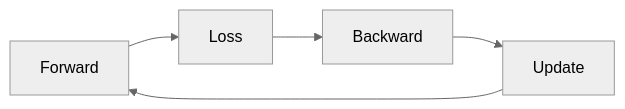
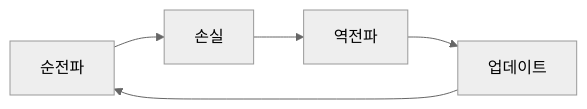
The diagram in content/calculus-for-ml-101/ko/10-calculus-in-deep-learning.md (yeongseon-books/book-content), drawn with Mermaid (neutral theme) before and after one commit. The commit also changed other lines of this file and 6 other files, not shown here.

````diff
--- a/content/calculus-for-ml-101/ko/10-calculus-in-deep-learning.md
+++ b/content/calculus-for-ml-101/ko/10-calculus-in-deep-learning.md
@@ -33,7 +49,7 @@
 ```mermaid
 flowchart LR
-    F[Forward] --> L[Loss]
-    L --> B[Backward]
-    B --> U[Update]
+    F[순전파] --> L[손실]
+    L --> B[역전파]
+    B --> U[업데이트]
     U --> F
 ```
````
